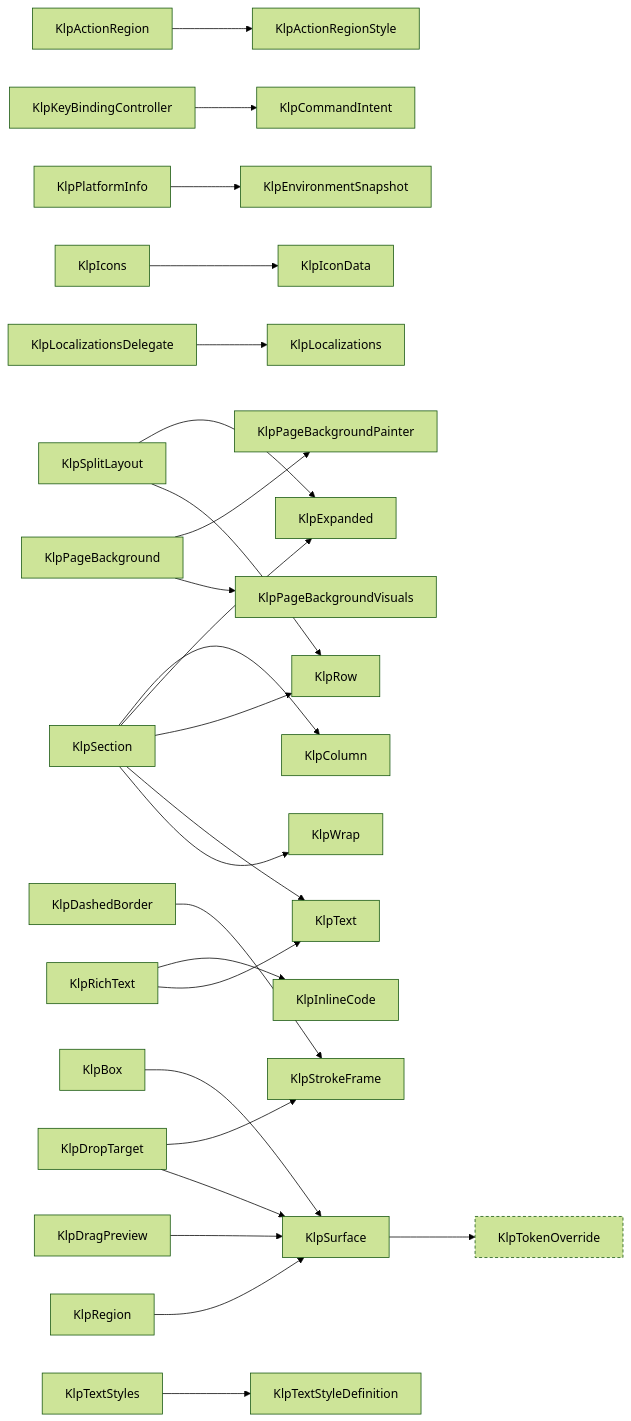
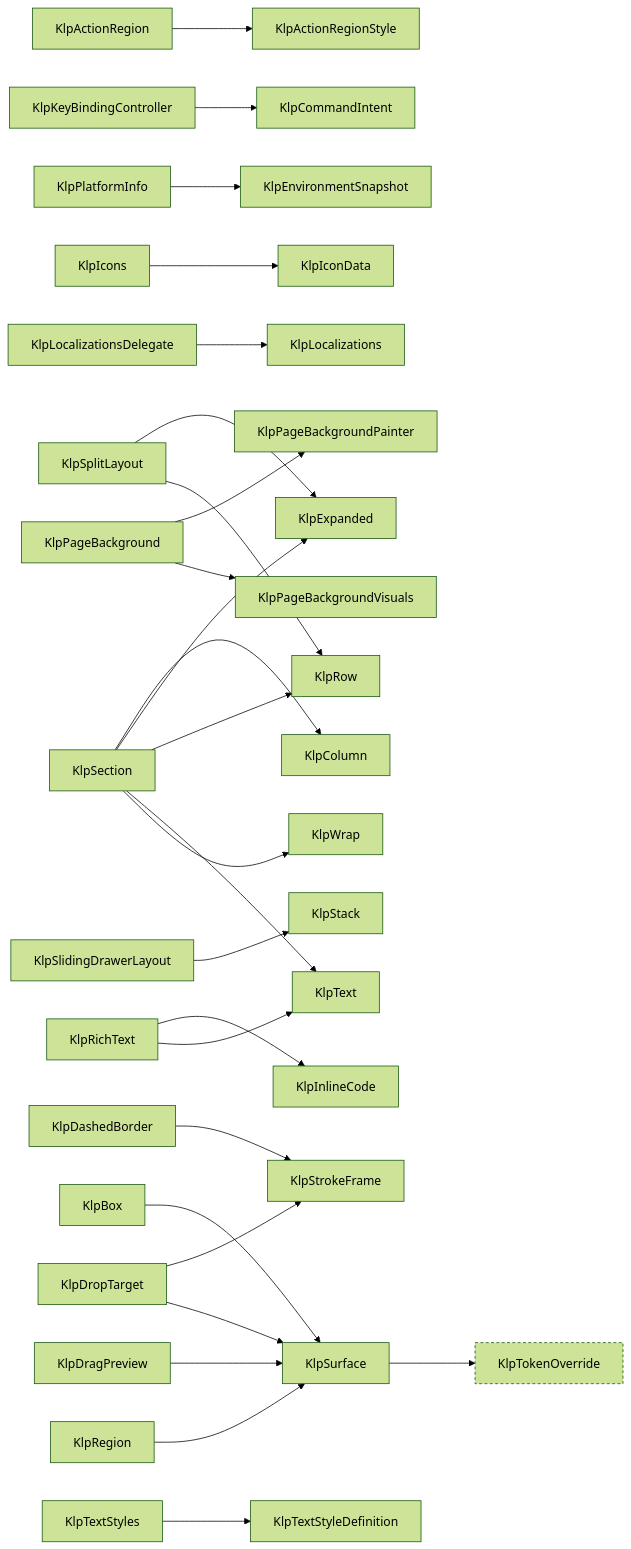
Before and after one commit to MiuDog/Kallopis: the second of 2 diagrams in spec/component-inventory.md, drawn with Mermaid (forest theme). The commit also changed other lines of this file and 1220 other files, not shown here.

````diff
--- a/spec/component-inventory.md
+++ b/spec/component-inventory.md
@@ -151,60 +153,63 @@
 ```mermaid
 graph LR
   KlpActionRegion["KlpActionRegion"]
   KlpActionRegionStyle["KlpActionRegionStyle"]
   KlpBox["KlpBox"]
   KlpColumn["KlpColumn"]
   KlpCommandIntent["KlpCommandIntent"]
   KlpDashedBorder["KlpDashedBorder"]
   KlpDragPreview["KlpDragPreview"]
   KlpDropTarget["KlpDropTarget"]
   KlpEnvironmentSnapshot["KlpEnvironmentSnapshot"]
   KlpExpanded["KlpExpanded"]
   KlpIconData["KlpIconData"]
   KlpIcons["KlpIcons"]
   KlpInlineCode["KlpInlineCode"]
   KlpKeyBindingController["KlpKeyBindingController"]
   KlpLocalizations["KlpLocalizations"]
   KlpLocalizationsDelegate["KlpLocalizationsDelegate"]
   KlpPageBackground["KlpPageBackground"]
   KlpPageBackgroundPainter["KlpPageBackgroundPainter"]
   KlpPageBackgroundVisuals["KlpPageBackgroundVisuals"]
   KlpPlatformInfo["KlpPlatformInfo"]
   KlpRegion["KlpRegion"]
   KlpRichText["KlpRichText"]
   KlpRow["KlpRow"]
   KlpSection["KlpSection"]
+  KlpSlidingDrawerLayout["KlpSlidingDrawerLayout"]
   KlpSplitLayout["KlpSplitLayout"]
+  KlpStack["KlpStack"]
   KlpStrokeFrame["KlpStrokeFrame"]
   KlpSurface["KlpSurface"]
   KlpText["KlpText"]
   KlpTextStyleDefinition["KlpTextStyleDefinition"]
   KlpTextStyles["KlpTextStyles"]
   KlpTokenOverride["KlpTokenOverride"]:::external
   KlpWrap["KlpWrap"]
   KlpActionRegion --> KlpActionRegionStyle
   KlpBox --> KlpSurface
   KlpDashedBorder --> KlpStrokeFrame
   KlpDragPreview --> KlpSurface
   KlpDropTarget --> KlpStrokeFrame
   KlpDropTarget --> KlpSurface
   KlpIcons --> KlpIconData
   KlpKeyBindingController --> KlpCommandIntent
   KlpLocalizationsDelegate --> KlpLocalizations
   KlpPageBackground --> KlpPageBackgroundPainter
   KlpPageBackground --> KlpPageBackgroundVisuals
   KlpPlatformInfo --> KlpEnvironmentSnapshot
   KlpRegion --> KlpSurface
   KlpRichText --> KlpInlineCode
   KlpRichText --> KlpText
   KlpSection --> KlpColumn
   KlpSection --> KlpExpanded
   KlpSection --> KlpRow
   KlpSection --> KlpText
   KlpSection --> KlpWrap
+  KlpSlidingDrawerLayout --> KlpStack
   KlpSplitLayout --> KlpExpanded
   KlpSplitLayout --> KlpRow
   KlpSurface --> KlpTokenOverride
   KlpTextStyles --> KlpTextStyleDefinition
   classDef external stroke-dasharray: 4 3;
 ```
````
